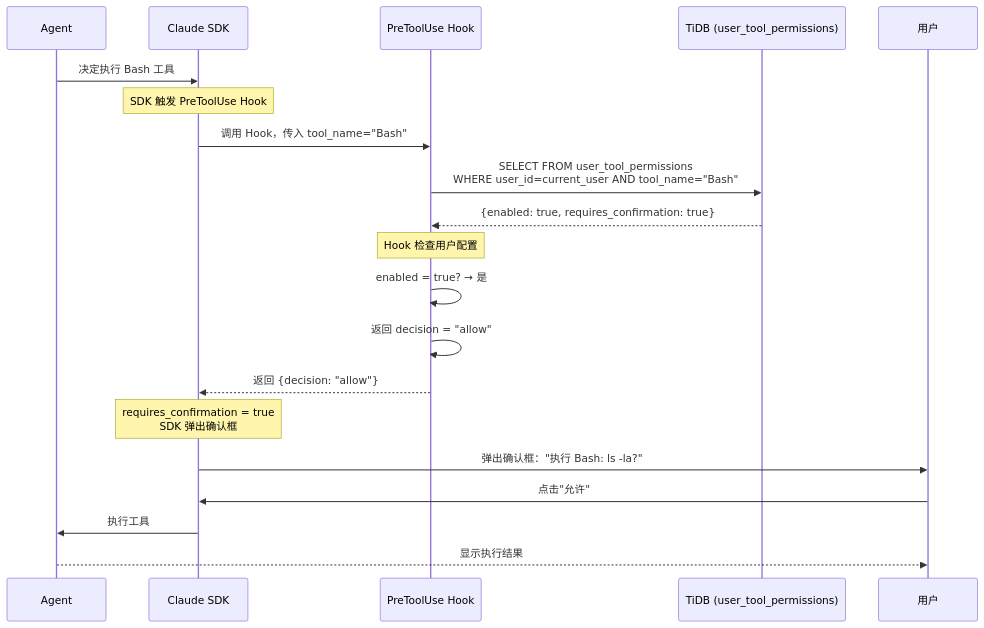
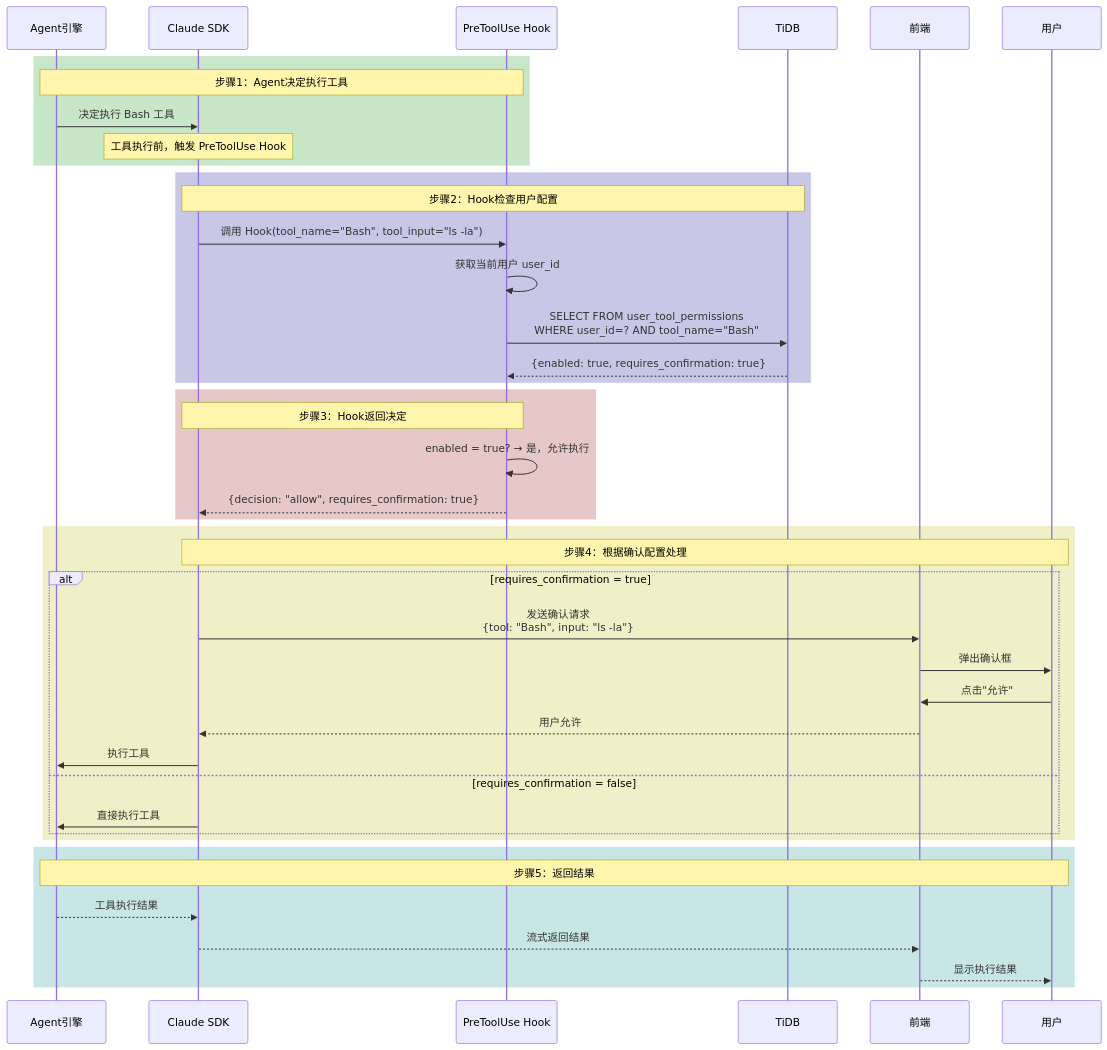
One commit to xiaocaipi/mm-doc changed diagram 25 of 45 in agent/agent_project_design_1.md. Above: the diagram before and after it, drawn with Mermaid. The commit also changed other lines of this file, not shown here.

````diff
--- a/agent/agent_project_design_1.md
+++ b/agent/agent_project_design_1.md
@@ -1331,33 +1350,49 @@
 ```mermaid
 sequenceDiagram
-    participant Agent as Agent
+    participant Agent as Agent引擎
     participant SDK as Claude SDK
     participant Hook as PreToolUse Hook
-    participant DB as TiDB (user_tool_permissions)
+    participant DB as TiDB
+    participant Frontend as 前端
     participant User as 用户
-
-    Agent->>SDK: 决定执行 Bash 工具
     
-    Note over SDK: SDK 触发 PreToolUse Hook
+    rect rgb(200, 230, 200)
+        Note over Agent, Hook: 步骤1：Agent决定执行工具
+        Agent->>SDK: 决定执行 Bash 工具
+        Note over SDK: 工具执行前，触发 PreToolUse Hook
+    end
     
-    SDK->>Hook: 调用 Hook，传入 tool_name="Bash"
+    rect rgb(200, 200, 230)
+        Note over SDK, DB: 步骤2：Hook检查用户配置
+        SDK->>Hook: 调用 Hook(tool_name="Bash", tool_input="ls -la")
+        Hook->>Hook: 获取当前用户 user_id
+        Hook->>DB: SELECT FROM user_tool_permissions<br/>WHERE user_id=? AND tool_name="Bash"
+        DB-->>Hook: {enabled: true, requires_confirmation: true}
+    end
     
-    Hook->>DB: SELECT FROM user_tool_permissions<br/>WHERE user_id=current_user AND tool_name="Bash"
-    DB-->>Hook: {enabled: true, requires_confirmation: true}
+    rect rgb(230, 200, 200)
+        Note over Hook, SDK: 步骤3：Hook返回决定
+        Hook->>Hook: enabled = true? → 是，允许执行
+        Hook-->>SDK: {decision: "allow", requires_confirmation: true}
+    end
     
-    Note over Hook: Hook 检查用户配置
+    rect rgb(240, 240, 200)
+        Note over SDK, User: 步骤4：根据确认配置处理
+        alt requires_confirmation = true
+            SDK->>Frontend: 发送确认请求<br/>{tool: "Bash", input: "ls -la"}
+            Frontend->>User: 弹出确认框
+            User->>Frontend: 点击"允许"
+            Frontend-->>SDK: 用户允许
+            SDK->>Agent: 执行工具
+        else requires_confirmation = false
+            SDK->>Agent: 直接执行工具
+        end
+    end
     
-    Hook->>Hook: enabled = true? → 是
-    Hook->>Hook: 返回 decision = "allow"
-    
-    Hook-->>SDK: 返回 {decision: "allow"}
-    
-    Note over SDK: requires_confirmation = true<br/>SDK 弹出确认框
-    
-    SDK->>User: 弹出确认框："执行 Bash: ls -la?"
-    User->>SDK: 点击"允许"
-    
-    SDK->>Agent: 执行工具
-    
-    Agent-->>User: 显示执行结果
+    rect rgb(200, 230, 230)
+        Note over Agent, User: 步骤5：返回结果
+        Agent-->>SDK: 工具执行结果
+        SDK-->>Frontend: 流式返回结果
+        Frontend-->>User: 显示执行结果
+    end
 ```
````
